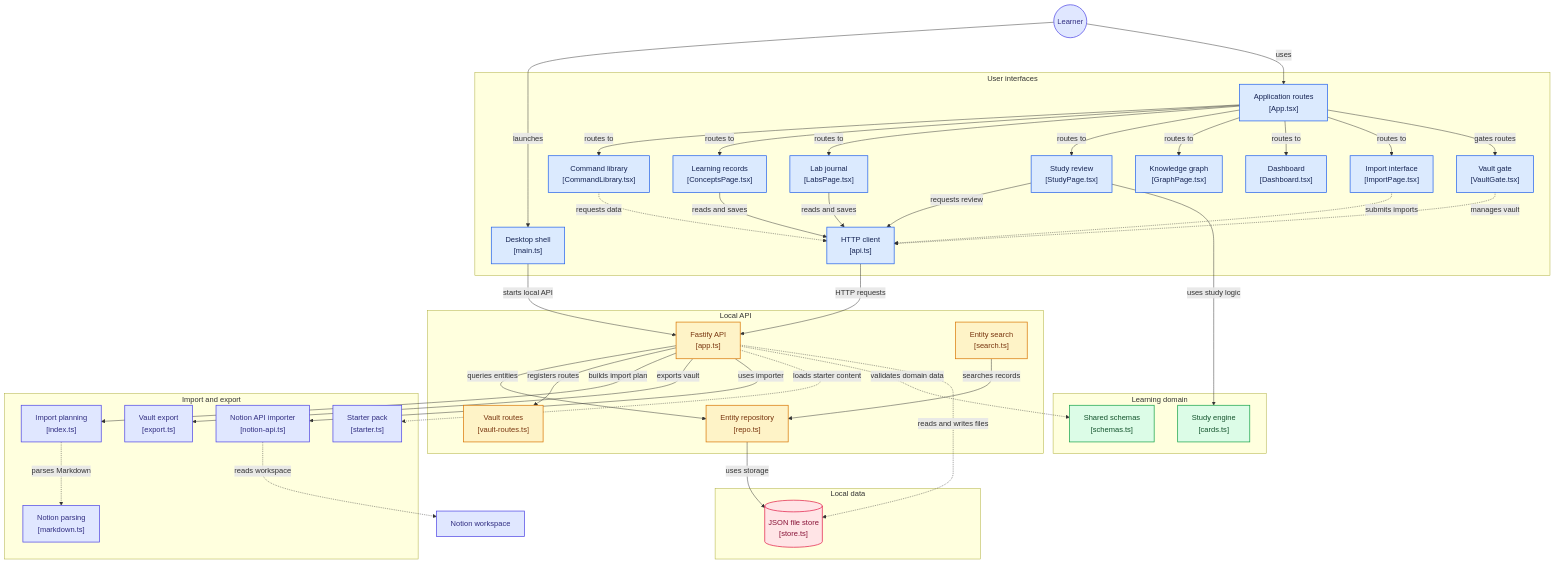
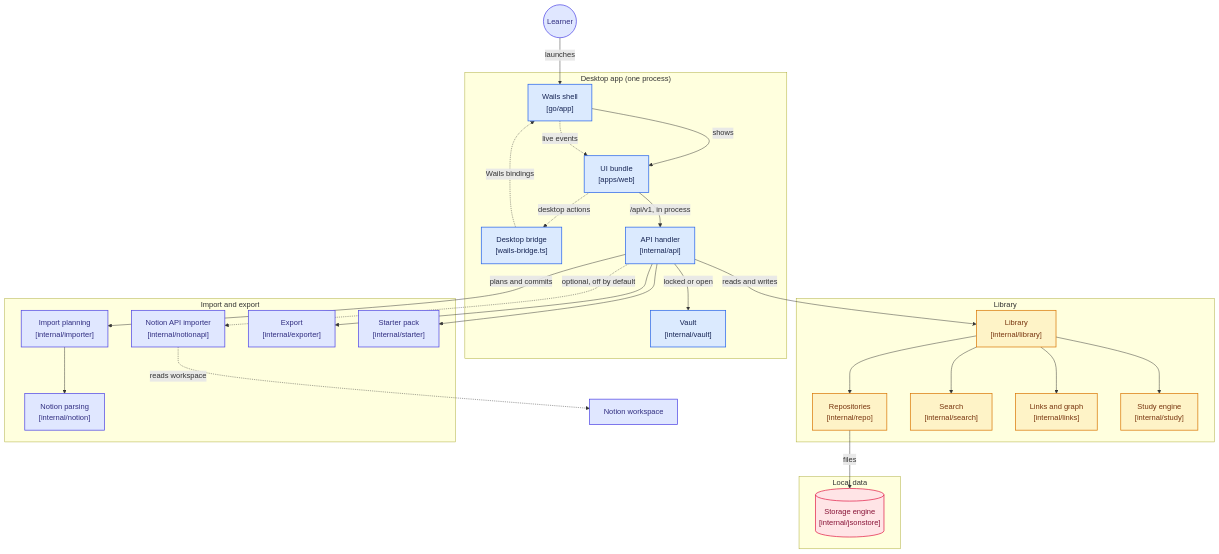
One commit to reeper316099/Cipherkeep changed the diagram in docs/ARCHITECTURE.md. Above: the diagram before and after it, drawn with Mermaid. The commit also changed other lines of this file and 211 other files, not shown here.

First line of the commit message:
Phase 7: parity with the Node app, end-to-end tests on Go, and the cut-over to Go + Wails

````diff
--- a/docs/ARCHITECTURE.md
+++ b/docs/ARCHITECTURE.md
@@ -52,114 +66,64 @@
 ```mermaid
-%% Generated by https://gitdiagram.com/reeper316099/cipherkeep
 flowchart TD
 
-subgraph group_clients["User interfaces"]
-  node_desktop["Desktop shell<br/>[main.ts]"]
-  node_webapp["Application routes<br/>[App.tsx]"]
-  node_commandlib["Command library<br/>[CommandLibrary.tsx]"]
-  node_knowledge["Learning records<br/>[ConceptsPage.tsx]"]
-  node_labs["Lab journal<br/>[LabsPage.tsx]"]
-  node_studyui["Study review<br/>[StudyPage.tsx]"]
-  node_graphui["Knowledge graph<br/>[GraphPage.tsx]"]
-  node_dashboard["Dashboard<br/>[Dashboard.tsx]"]
-  node_importui["Import interface<br/>[ImportPage.tsx]"]
-  node_vaultui["Vault gate<br/>[VaultGate.tsx]"]
-  node_api_client["HTTP client<br/>[api.ts]"]
+subgraph group_app["Desktop app (one process)"]
+  node_shell["Wails shell<br/>[go/app]"]
+  node_assets["UI bundle<br/>[apps/web]"]
+  node_bridge["Desktop bridge<br/>[wails-bridge.ts]"]
+  node_api["API handler<br/>[internal/api]"]
+  node_vault["Vault<br/>[internal/vault]"]
 end
 
-subgraph group_server["Local API"]
-  node_api_server["Fastify API<br/>[app.ts]"]
-  node_vault_routes["Vault routes<br/>[vault-routes.ts]"]
-  node_repo["Entity repository<br/>[repo.ts]"]
-  node_search["Entity search<br/>[search.ts]"]
-end
-
-subgraph group_domain["Learning domain"]
-  node_shared["Shared schemas<br/>[schemas.ts]"]
-  node_study_engine["Study engine<br/>[cards.ts]"]
+subgraph group_domain["Library"]
+  node_library["Library<br/>[internal/library]"]
+  node_repo["Repositories<br/>[internal/repo]"]
+  node_search["Search<br/>[internal/search]"]
+  node_links["Links and graph<br/>[internal/links]"]
+  node_study["Study engine<br/>[internal/study]"]
 end
 
 subgraph group_persistence["Local data"]
-  node_jsonstore[("JSON file store<br/>[store.ts]")]
+  node_store[("Storage engine<br/>[internal/jsonstore]")]
 end
 
 subgraph group_integrations["Import and export"]
-  node_notion_markdown["Notion parsing<br/>[markdown.ts]"]
-  node_import_pipeline["Import planning<br/>[index.ts]"]
-  node_notion_api["Notion API importer<br/>[notion-api.ts]"]
-  node_exporter["Vault export<br/>[export.ts]"]
-  node_starter["Starter pack<br/>[starter.ts]"]
+  node_importer["Import planning<br/>[internal/importer]"]
+  node_notion["Notion parsing<br/>[internal/notion]"]
+  node_notionapi["Notion API importer<br/>[internal/notionapi]"]
+  node_exporter["Export<br/>[internal/exporter]"]
+  node_starter["Starter pack<br/>[internal/starter]"]
 end
 
 node_user(("Learner"))
 node_notion_service["Notion workspace"]
 
-node_user -->|"launches"| node_desktop
-node_user -->|"uses"| node_webapp
-node_desktop -->|"starts local API"| node_api_server
-node_webapp -->|"routes to"| node_commandlib
-node_webapp -->|"routes to"| node_knowledge
-node_webapp -->|"routes to"| node_labs
-node_webapp -->|"routes to"| node_studyui
-node_webapp -->|"routes to"| node_graphui
-node_webapp -->|"routes to"| node_dashboard
-node_webapp -->|"routes to"| node_importui
-node_webapp -->|"gates routes"| node_vaultui
-node_commandlib -.->|"requests data"| node_api_client
-node_knowledge -->|"reads and saves"| node_api_client
-node_labs -->|"reads and saves"| node_api_client
-node_studyui -->|"requests review"| node_api_client
-node_importui -.->|"submits imports"| node_api_client
-node_vaultui -.->|"manages vault"| node_api_client
-node_api_client -->|"HTTP requests"| node_api_server
-node_api_server -->|"queries entities"| node_repo
-node_api_server -->|"registers routes"| node_vault_routes
-node_repo -->|"uses storage"| node_jsonstore
-node_api_server -->|"builds import plan"| node_import_pipeline
-node_api_server -->|"exports vault"| node_exporter
-node_api_server -->|"uses importer"| node_notion_api
-node_api_server -.->|"loads starter content"| node_starter
-node_search -->|"searches records"| node_repo
-node_studyui -->|"uses study logic"| node_study_engine
-node_import_pipeline -.->|"parses Markdown"| node_notion_markdown
-node_notion_api -.->|"reads workspace"| node_notion_service
-node_api_server -.->|"validates domain data"| node_shared
-node_api_server -.->|"reads and writes files"| node_jsonstore
+node_user -->|"launches"| node_shell
+node_shell -->|"shows"| node_assets
+node_assets -->|"/api/v1, in process"| node_api
+node_assets -.->|"desktop actions"| node_bridge
+node_bridge -.->|"Wails bindings"| node_shell
+node_shell -.->|"live events"| node_assets
+node_api -->|"locked or open"| node_vault
+node_api -->|"reads and writes"| node_library
+node_library --> node_repo
+node_library --> node_search
+node_library --> node_links
+node_library --> node_study
+node_repo -->|"files"| node_store
+node_api -->|"plans and commits"| node_importer
+node_importer --> node_notion
+node_api -.->|"optional, off by default"| node_notionapi
+node_notionapi -.->|"reads workspace"| node_notion_service
+node_api --> node_exporter
+node_api --> node_starter
 
-click node_desktop "https://github.com/reeper316099/cipherkeep/blob/main/apps/desktop/src/main.ts"
-click node_webapp "https://github.com/reeper316099/cipherkeep/blob/main/apps/web/src/App.tsx"
-click node_commandlib "https://github.com/reeper316099/cipherkeep/blob/main/apps/web/src/features/commands/CommandLibrary.tsx"
-click node_knowledge "https://github.com/reeper316099/cipherkeep/blob/main/apps/web/src/features/concepts/ConceptsPage.tsx"
-click node_labs "https://github.com/reeper316099/cipherkeep/blob/main/apps/web/src/features/labs/LabsPage.tsx"
-click node_studyui "https://github.com/reeper316099/cipherkeep/blob/main/apps/web/src/features/study/StudyPage.tsx"
-click node_graphui "https://github.com/reeper316099/cipherkeep/blob/main/apps/web/src/features/graph/GraphPage.tsx"
-click node_dashboard "https://github.com/reeper316099/cipherkeep/blob/main/apps/web/src/features/dashboard/Dashboard.tsx"
-click node_importui "https://github.com/reeper316099/cipherkeep/blob/main/apps/web/src/features/import/ImportPage.tsx"
-click node_vaultui "https://github.com/reeper316099/cipherkeep/blob/main/apps/web/src/features/vault/VaultGate.tsx"
-click node_api_client "https://github.com/reeper316099/cipherkeep/blob/main/apps/web/src/lib/api.ts"
-click node_api_server "https://github.com/reeper316099/cipherkeep/blob/main/packages/server/src/app.ts"
-click node_vault_routes "https://github.com/reeper316099/cipherkeep/blob/main/packages/server/src/vault-routes.ts"
-click node_repo "https://github.com/reeper316099/cipherkeep/blob/main/packages/server/src/repo.ts"
-click node_search "https://github.com/reeper316099/cipherkeep/blob/main/packages/server/src/search.ts"
-click node_shared "https://github.com/reeper316099/cipherkeep/blob/main/packages/shared/src/schemas.ts"
-click node_study_engine "https://github.com/reeper316099/cipherkeep/blob/main/packages/shared/src/study/cards.ts"
-click node_notion_markdown "https://github.com/reeper316099/cipherkeep/blob/main/packages/shared/src/notion/markdown.ts"
-click node_import_pipeline "https://github.com/reeper316099/cipherkeep/blob/main/packages/server/src/import/index.ts"
-click node_notion_api "https://github.com/reeper316099/cipherkeep/blob/main/packages/server/src/import/notion-api.ts"
-click node_exporter "https://github.com/reeper316099/cipherkeep/blob/main/packages/server/src/export.ts"
-click node_starter "https://github.com/reeper316099/cipherkeep/blob/main/packages/server/src/starter.ts"
-click node_jsonstore "https://github.com/reeper316099/cipherkeep/blob/main/packages/jsonstore/src/store.ts"
-
-classDef toneNeutral fill:#f8fafc,stroke:#334155,stroke-width:1.5px,color:#0f172a
 classDef toneBlue fill:#dbeafe,stroke:#2563eb,stroke-width:1.5px,color:#172554
 classDef toneAmber fill:#fef3c7,stroke:#d97706,stroke-width:1.5px,color:#78350f
 classDef toneMint fill:#dcfce7,stroke:#16a34a,stroke-width:1.5px,color:#14532d
 classDef toneRose fill:#ffe4e6,stroke:#e11d48,stroke-width:1.5px,color:#881337
 classDef toneIndigo fill:#e0e7ff,stroke:#4f46e5,stroke-width:1.5px,color:#312e81
-classDef toneTeal fill:#ccfbf1,stroke:#0f766e,stroke-width:1.5px,color:#134e4a
-class node_desktop,node_webapp,node_commandlib,node_knowledge,node_labs,node_studyui,node_graphui,node_dashboard,node_importui,node_vaultui,node_api_client toneBlue
-class node_api_server,node_vault_routes,node_repo,node_search toneAmber
-class node_shared,node_study_engine toneMint
-class node_jsonstore toneRose
-class node_notion_markdown,node_import_pipeline,node_notion_api,node_exporter,node_starter,node_user,node_notion_service toneIndigo
+class node_shell,node_assets,node_bridge,node_api,node_vault toneBlue
+class node_library,node_repo,node_search,node_links,node_study toneAmber
+class node_store toneRose
+class node_importer,node_notion,node_notionapi,node_exporter,node_starter,node_user,node_notion_service toneIndigo
 ```
````
